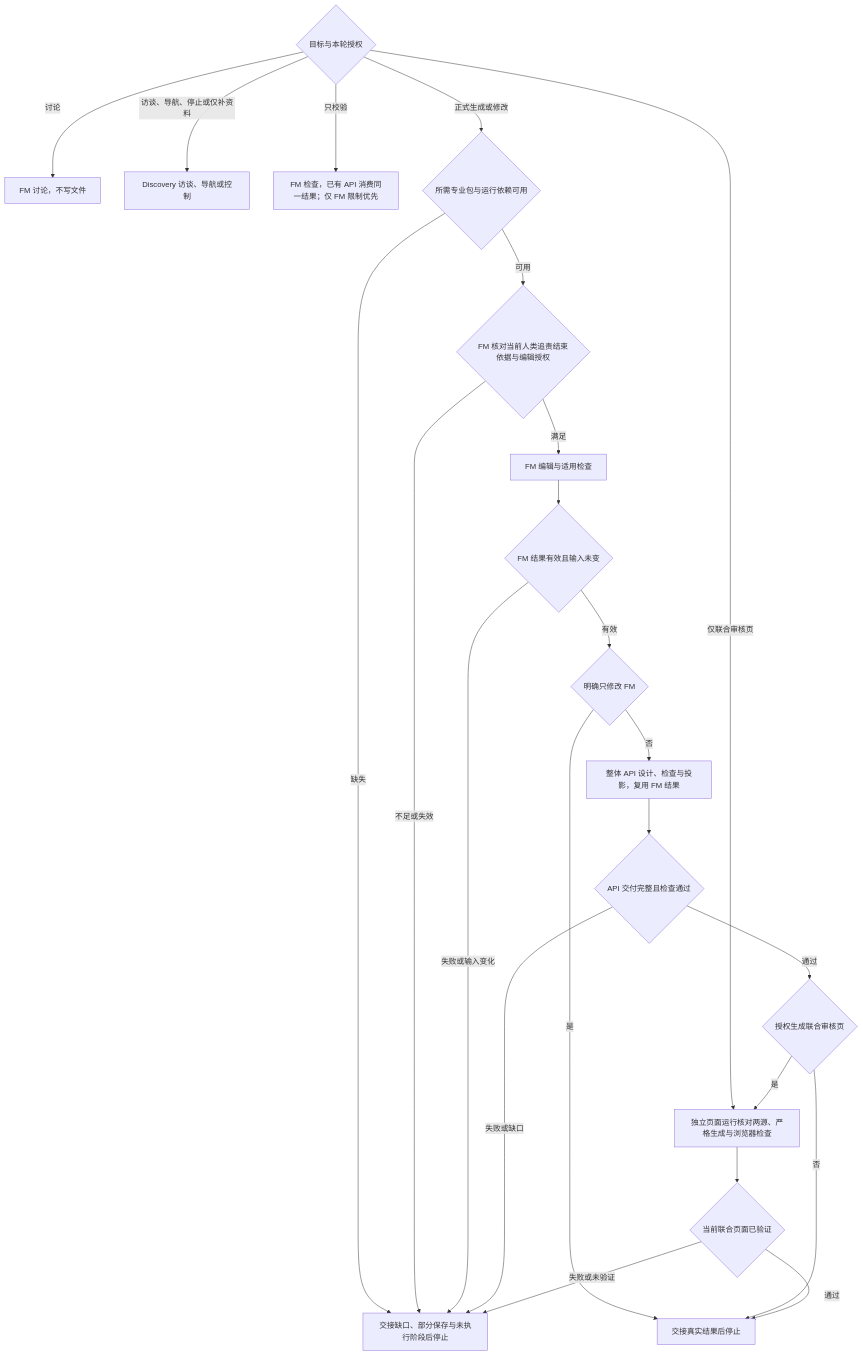
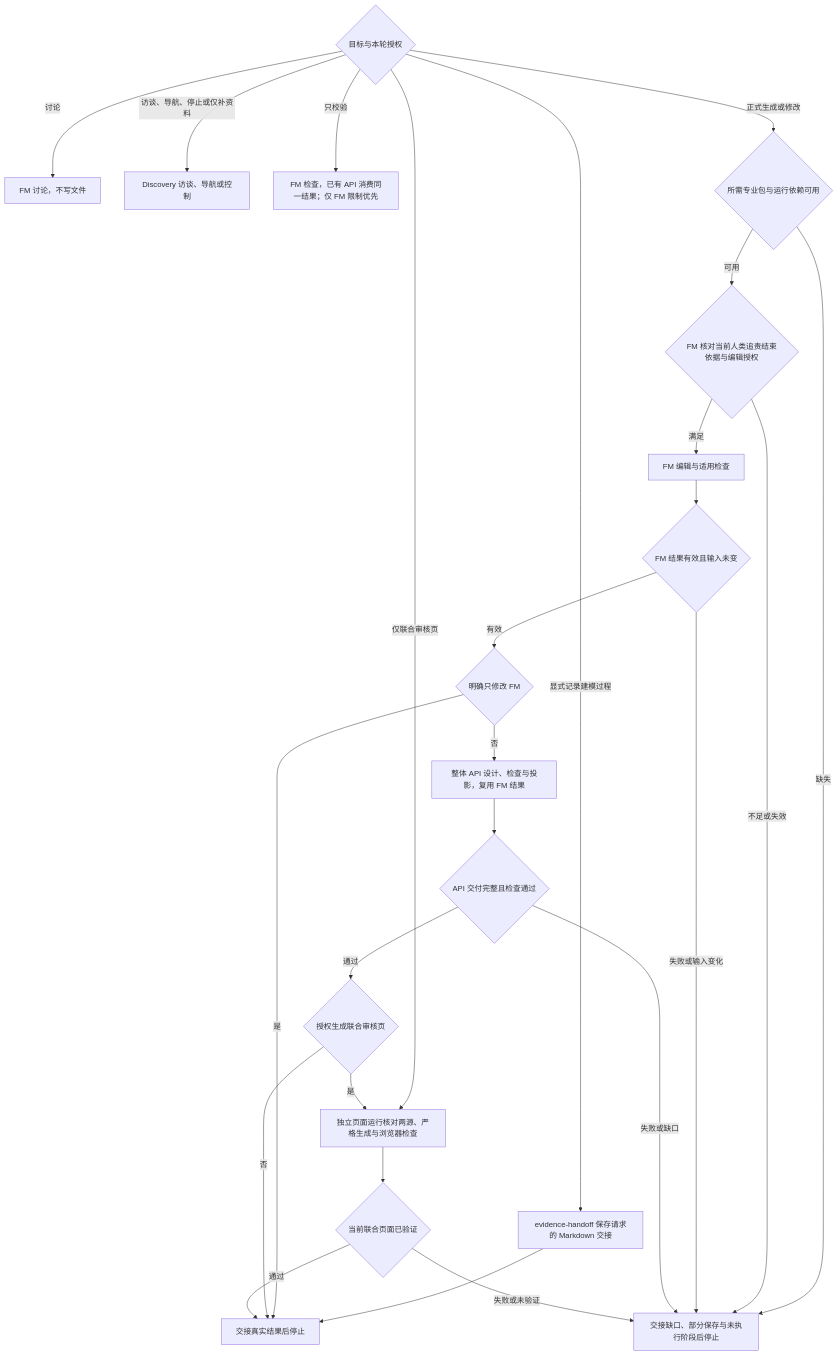
One commit to JayClock/Evidence-Framework changed the second of 2 diagrams in .agents/skills/evidence-modeling/references/workflow.md. Above: the diagram before and after it, drawn with Mermaid. The commit also changed other lines of this file and 56 other files, not shown here.

````diff
--- a/.agents/skills/evidence-modeling/references/workflow.md
+++ b/.agents/skills/evidence-modeling/references/workflow.md
@@ -25,41 +27,44 @@
 ```mermaid
 flowchart TD
     intent{目标与本轮授权}
     discussion[FM 讨论，不写文件]
     discovery[Discovery 访谈、导航或控制]
+    manual[evidence-handoff 保存请求的 Markdown 交接]
     readonly[FM 检查，已有 API 消费同一结果；仅 FM 限制优先]
     resources{所需专业包与运行依赖可用}
     admission{FM 核对当前人类追责结束依据与编辑授权}
     fm[FM 编辑与适用检查]
     fmValid{FM 结果有效且输入未变}
     narrow{明确只修改 FM}
     api[整体 API 设计、检查与投影，复用 FM 结果]
     apiValid{API 交付完整且检查通过}
     pageAllowed{授权生成联合审核页}
     review[独立页面运行核对两源、严格生成与浏览器检查]
     reviewValid{当前联合页面已验证}
     blocked[交接缺口、部分保存与未执行阶段后停止]
     handoff[交接真实结果后停止]
     intent -->|讨论| discussion
     intent -->|访谈、导航、停止或仅补资料| discovery
+    intent -->|显式记录建模过程| manual
+    manual --> handoff
     intent -->|只校验| readonly
     intent -->|仅联合审核页| review
     intent -->|正式生成或修改| resources
     resources -->|可用| admission
     resources -->|缺失| blocked
     admission -->|满足| fm
     admission -->|不足或失效| blocked
     fm --> fmValid
     fmValid -->|失败或输入变化| blocked
     fmValid -->|有效| narrow
     narrow -->|是| handoff
     narrow -->|否| api
     api --> apiValid
     apiValid -->|失败或缺口| blocked
     apiValid -->|通过| pageAllowed
     pageAllowed -->|否| handoff
     pageAllowed -->|是| review
     review --> reviewValid
     reviewValid -->|失败或未验证| blocked
     reviewValid -->|通过| handoff
 ```
````
